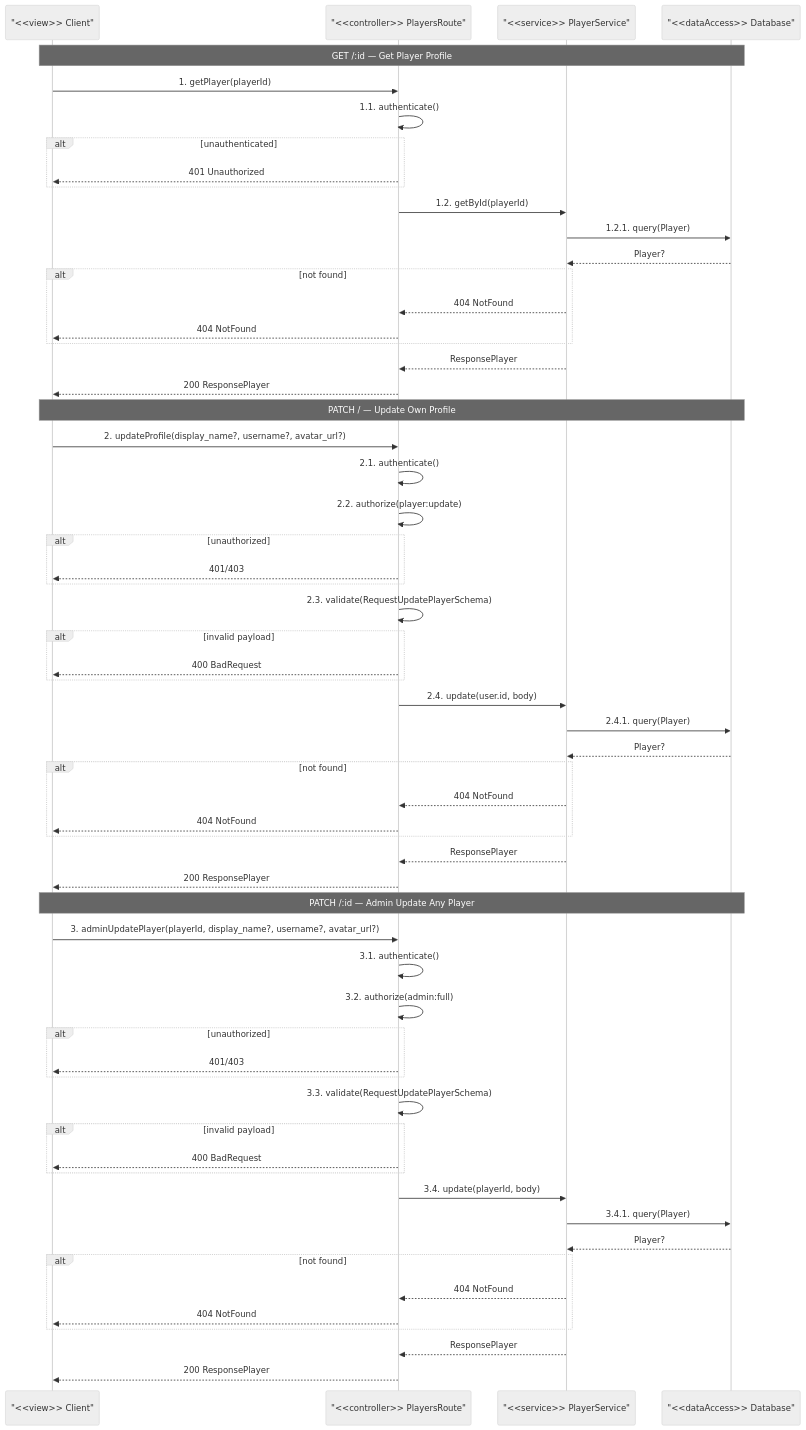
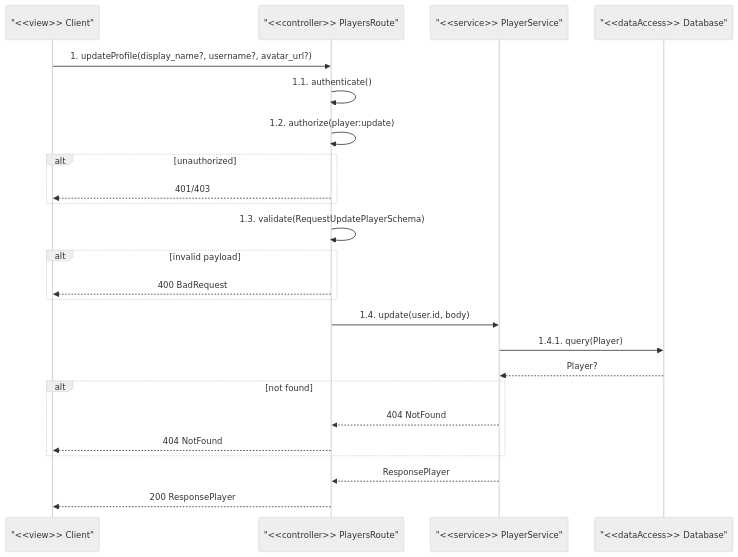
Before and after one commit to christphralden/magic-nugger-app: the second of 3 diagrams in docs/diagrams/players/sequence.md, drawn with Mermaid. The commit also changed other lines of this file and 15 other files, not shown here.

Commit message:
feat(docs): flowchart and seq diagram

````diff
--- a/docs/diagrams/players/sequence.md
+++ b/docs/diagrams/players/sequence.md
@@ -8,66 +38,28 @@
 ```mermaid
 %%{init: {'theme': 'neutral'}}%%
 sequenceDiagram
     participant C as "<<view>> Client"
     participant R as "<<controller>> PlayersRoute"
     participant PS as "<<service>> PlayerService"
     participant DB as "<<dataAccess>> Database"
 
-    Note over C,DB: GET /:id — Get Player Profile
-    C->>R: 1. getPlayer(playerId)
+    C->>R: 1. updateProfile(display_name?, username?, avatar_url?)
     R->>R: 1.1. authenticate()
-    alt unauthenticated
-        R-->>C: 401 Unauthorized
-    end
-    R->>PS: 1.2. getById(playerId)
-    PS->>DB: 1.2.1. query(Player)
-    DB-->>PS: Player?
-    alt not found
-        PS-->>R: 404 NotFound
-        R-->>C: 404 NotFound
-    end
-    PS-->>R: ResponsePlayer
-    R-->>C: 200 ResponsePlayer
-
-    Note over C,DB: PATCH / — Update Own Profile
-    C->>R: 2. updateProfile(display_name?, username?, avatar_url?)
-    R->>R: 2.1. authenticate()
-    R->>R: 2.2. authorize(player:update)
+    R->>R: 1.2. authorize(player:update)
     alt unauthorized
         R-->>C: 401/403
     end
-    R->>R: 2.3. validate(RequestUpdatePlayerSchema)
+    R->>R: 1.3. validate(RequestUpdatePlayerSchema)
     alt invalid payload
         R-->>C: 400 BadRequest
     end
-    R->>PS: 2.4. update(user.id, body)
-    PS->>DB: 2.4.1. query(Player)
-    DB-->>PS: Player?
-    alt not found
-        PS-->>R: 404 NotFound
-        R-->>C: 404 NotFound
-    end
-    PS-->>R: ResponsePlayer
-    R-->>C: 200 ResponsePlayer
-
-    Note over C,DB: PATCH /:id — Admin Update Any Player
-    C->>R: 3. adminUpdatePlayer(playerId, display_name?, username?, avatar_url?)
-    R->>R: 3.1. authenticate()
-    R->>R: 3.2. authorize(admin:full)
-    alt unauthorized
-        R-->>C: 401/403
-    end
-    R->>R: 3.3. validate(RequestUpdatePlayerSchema)
-    alt invalid payload
-        R-->>C: 400 BadRequest
-    end
-    R->>PS: 3.4. update(playerId, body)
-    PS->>DB: 3.4.1. query(Player)
+    R->>PS: 1.4. update(user.id, body)
+    PS->>DB: 1.4.1. query(Player)
     DB-->>PS: Player?
     alt not found
         PS-->>R: 404 NotFound
         R-->>C: 404 NotFound
     end
     PS-->>R: ResponsePlayer
     R-->>C: 200 ResponsePlayer
 ```
````
